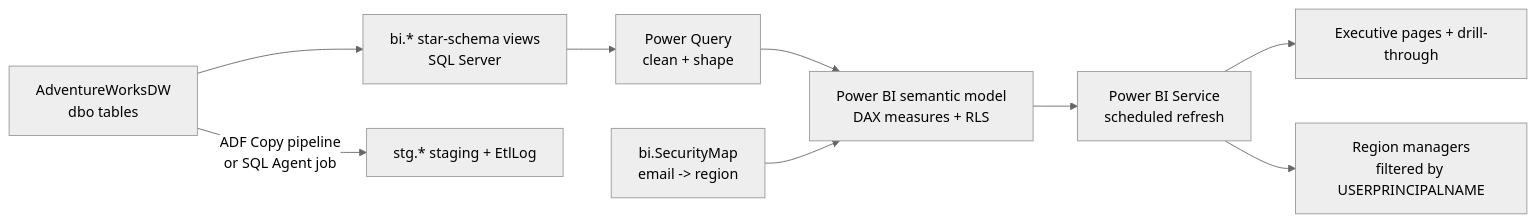
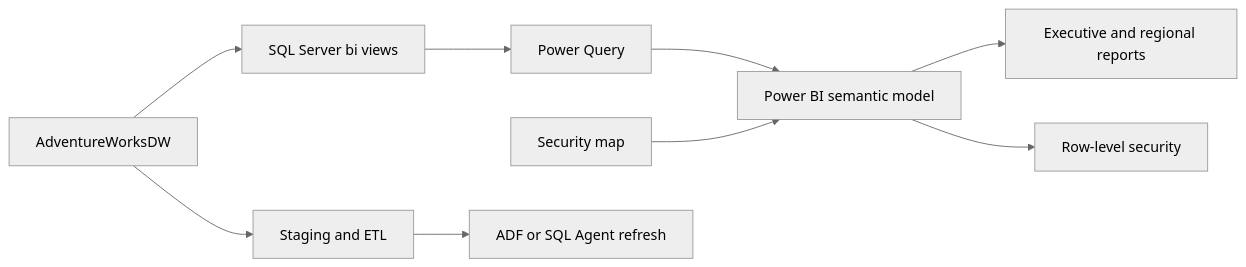
One commit to adityakriplani24/enterprise-bi-suite changed the diagram in DA-01/README.md. Above: the diagram before and after it, drawn with Mermaid (neutral theme). The commit also changed other lines of this file, not shown here.

````diff
--- a/DA-01/README.md
+++ b/DA-01/README.md
@@ -9,11 +17,11 @@
 ```mermaid
 flowchart LR
-  A[AdventureWorksDW<br/>dbo tables] --> B[bi.* star-schema views<br/>SQL Server]
-  A -->|ADF Copy pipeline<br/>or SQL Agent job| C[stg.* staging + EtlLog]
-  B --> D[Power Query<br/>clean + shape]
-  D --> E[Power BI semantic model<br/>DAX measures + RLS]
-  S[bi.SecurityMap<br/>email -> region] --> E
-  E --> F[Power BI Service<br/>scheduled refresh]
-  F --> G[Executive pages + drill-through]
-  F --> H[Region managers<br/>filtered by USERPRINCIPALNAME]
+  A[AdventureWorksDW] --> B[SQL Server bi views]
+  A --> C[Staging and ETL]
+  B --> D[Power Query]
+  D --> E[Power BI semantic model]
+  S[Security map] --> E
+  E --> F[Executive and regional reports]
+  E --> G[Row-level security]
+  C --> H[ADF or SQL Agent refresh]
 ```
````
